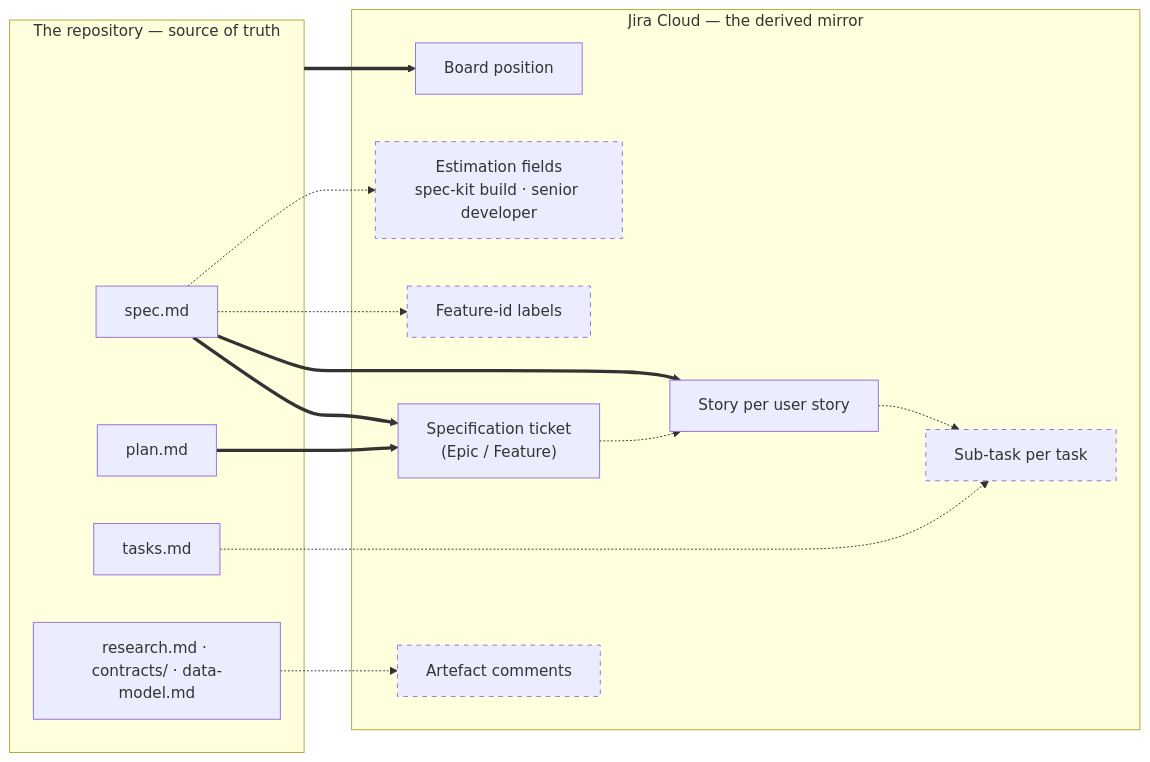
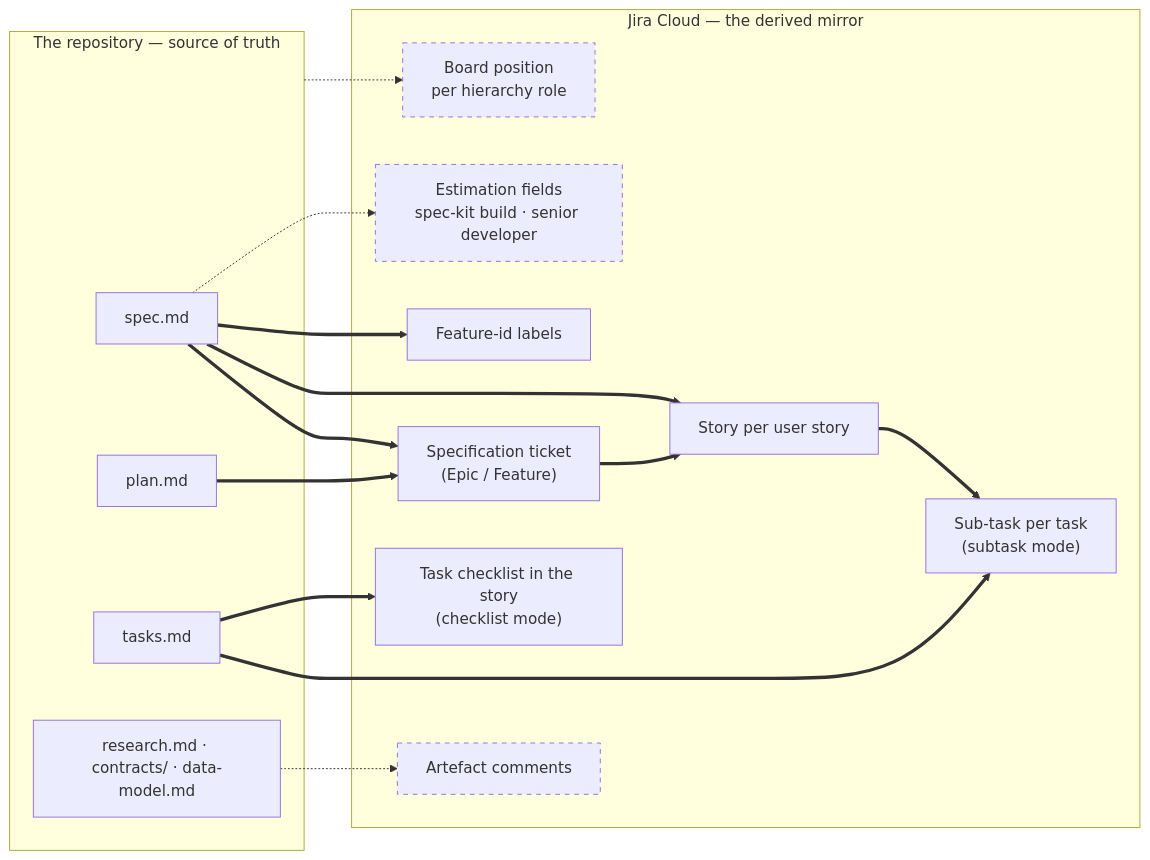
Before and after one commit to Fyloss/spec-kit-jira: the diagram in docs/VISION.md, drawn with Mermaid. The commit also changed other lines of this file and 12 other files, not shown here.

````diff
--- a/docs/VISION.md
+++ b/docs/VISION.md
@@ -73,33 +73,35 @@
 ```mermaid
 flowchart LR
     subgraph Disk["The repository — source of truth"]
         Spec["spec.md"]
         Plan["plan.md"]
         Tasks["tasks.md"]
         Extra["research.md · contracts/ · data-model.md"]
     end
 
     subgraph Jira["Jira Cloud — the derived mirror"]
         Parent["Specification ticket<br/>(Epic / Feature)"]
         Story["Story per user story"]
-        Sub["Sub-task per task"]
+        Sub["Sub-task per task<br/>(subtask mode)"]
+        Check["Task checklist in the story<br/>(checklist mode)"]
+        Label["Feature-id labels"]
         Comment["Artefact comments"]
-        Label["Feature-id labels"]
-        Status["Board position"]
+        Status["Board position<br/>per hierarchy role"]
         Est["Estimation fields<br/>spec-kit build · senior developer"]
     end
 
     Spec ==> Parent
     Spec ==> Story
     Plan ==> Parent
-    Parent -.-> Story
-    Story -.-> Sub
-    Tasks -.-> Sub
+    Parent ==> Story
+    Story ==> Sub
+    Tasks ==> Sub
+    Tasks ==> Check
+    Spec ==> Label
     Extra -.-> Comment
-    Spec -.-> Label
     Spec -.-> Est
-    Disk ==> Status
+    Disk -.-> Status
 
     classDef planned stroke-dasharray: 5 5
-    class Sub,Comment,Label,Est planned
+    class Comment,Est,Status planned
 ```
````
